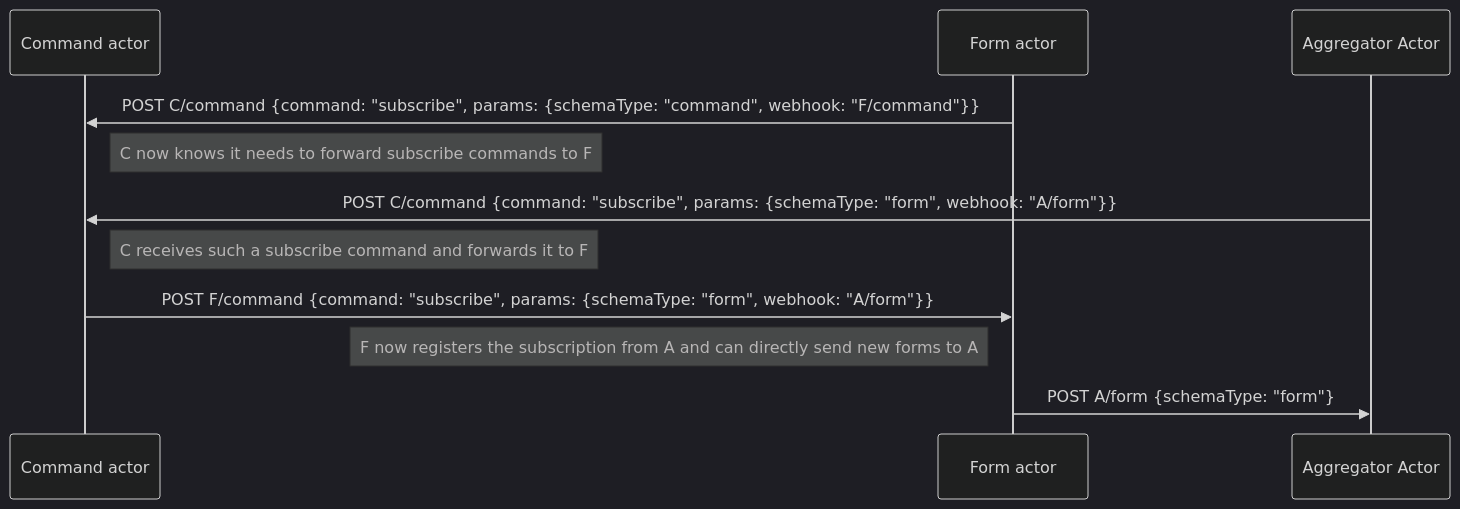
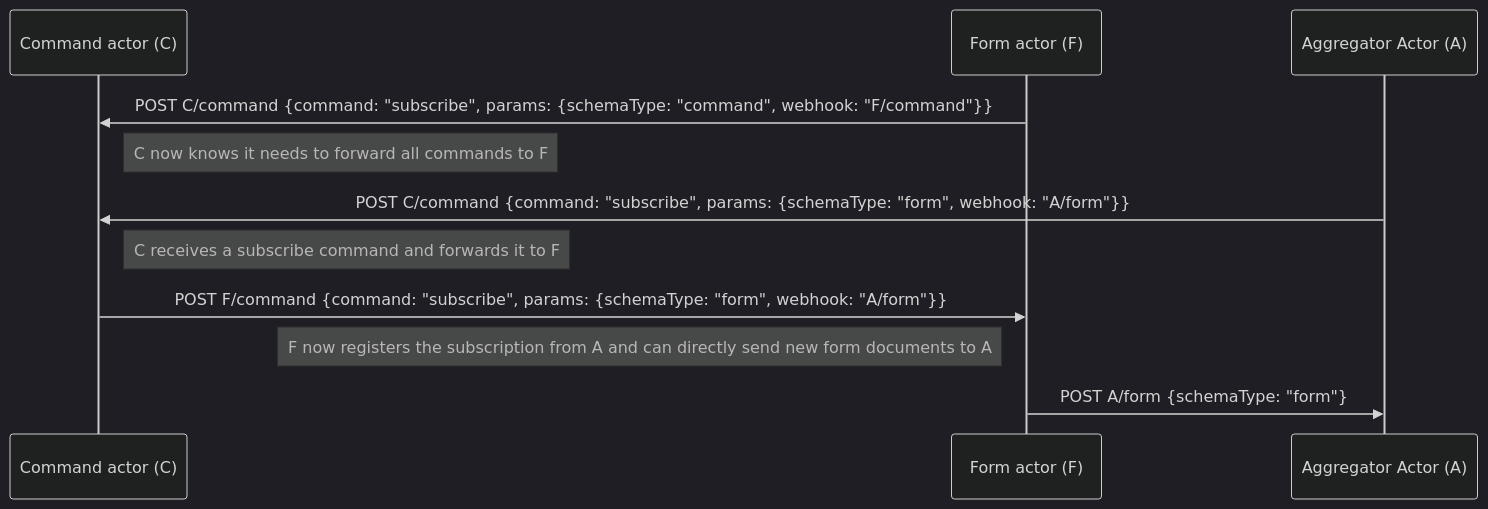
One commit to PropusIT/module-actor changed the first of 2 diagrams in readme.md. Above: the diagram before and after it, drawn with Mermaid (dark theme). The commit also changed other lines of this file, not shown here.

Commit message:
more diagramming

````diff
--- a/readme.md
+++ b/readme.md
@@ -118,19 +200,19 @@
 ```mermaid
 sequenceDiagram
 
-participant C as Command actor
-participant F as Form actor
-participant A as Aggregator Actor
+participant C as Command actor (C)
+participant F as Form actor (F)
+participant A as Aggregator Actor (A)
 
 
 F->>C: POST C/command {command: "subscribe", params: {schemaType: "command", webhook: "F/command"}}
-Note right of C: C now knows it needs to forward subscribe commands to F
+Note right of C: C now knows it needs to forward all commands to F
 A->>C: POST C/command {command: "subscribe", params: {schemaType: "form", webhook: "A/form"}}
-Note right of C: C receives such a subscribe command and forwards it to F
+Note right of C: C receives a subscribe command and forwards it to F
 C->>F: POST F/command {command: "subscribe", params: {schemaType: "form", webhook: "A/form"}}
-Note left of F: F now registers the subscription from A and can directly send new forms to A
+Note left of F: F now registers the subscription from A and can directly send new form documents to A
 F->>A: POST A/form {schemaType: "form"}
 
 
 
 ```
````
